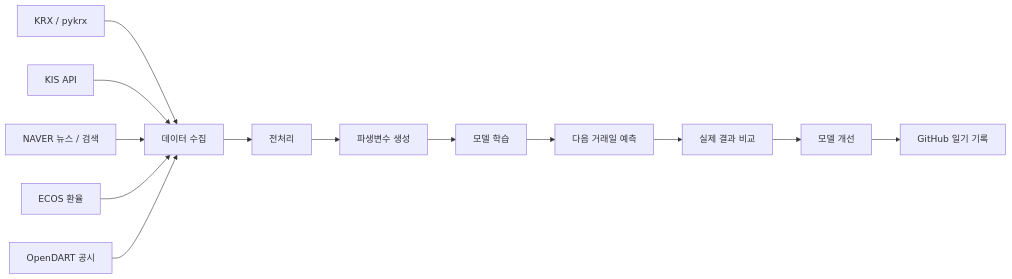
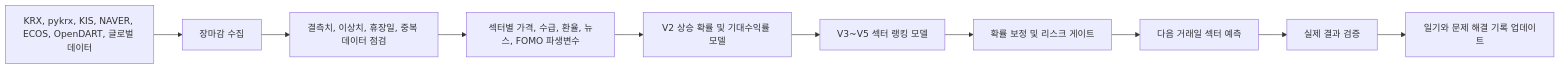
Before and after one commit to HCG0313/part-prediction: the diagram in README.md, drawn with Mermaid. The commit also changed other lines of this file and 3 other files, not shown here.

````diff
--- a/README.md
+++ b/README.md
@@ -41,16 +37,12 @@
 ```mermaid
 flowchart LR
-    A["데이터 수집"] --> B["전처리"]
-    B --> C["파생변수 생성"]
-    C --> D["모델 학습"]
-    D --> E["다음 거래일 예측"]
-    E --> F["실제 결과 비교"]
-    F --> G["모델 개선"]
-    G --> H["GitHub 일기 기록"]
-
-    KRX["KRX / pykrx"] --> A
-    KIS["KIS API"] --> A
-    NAVER["NAVER 뉴스 / 검색"] --> A
-    ECOS["ECOS 환율"] --> A
-    DART["OpenDART 공시"] --> A
+    A["KRX, pykrx, KIS, NAVER, ECOS, OpenDART, 글로벌 데이터"] --> B["장마감 수집"]
+    B --> C["결측치, 이상치, 휴장일, 중복 데이터 점검"]
+    C --> D["섹터별 가격, 수급, 환율, 뉴스, FOMO 파생변수"]
+    D --> E["V2 상승 확률 및 기대수익률 모델"]
+    E --> F["V3~V5 섹터 랭킹 모델"]
+    F --> G["확률 보정 및 리스크 게이트"]
+    G --> H["다음 거래일 섹터 예측"]
+    H --> I["실제 결과 검증"]
+    I --> J["일기와 문제 해결 기록 업데이트"]
 ```
````
